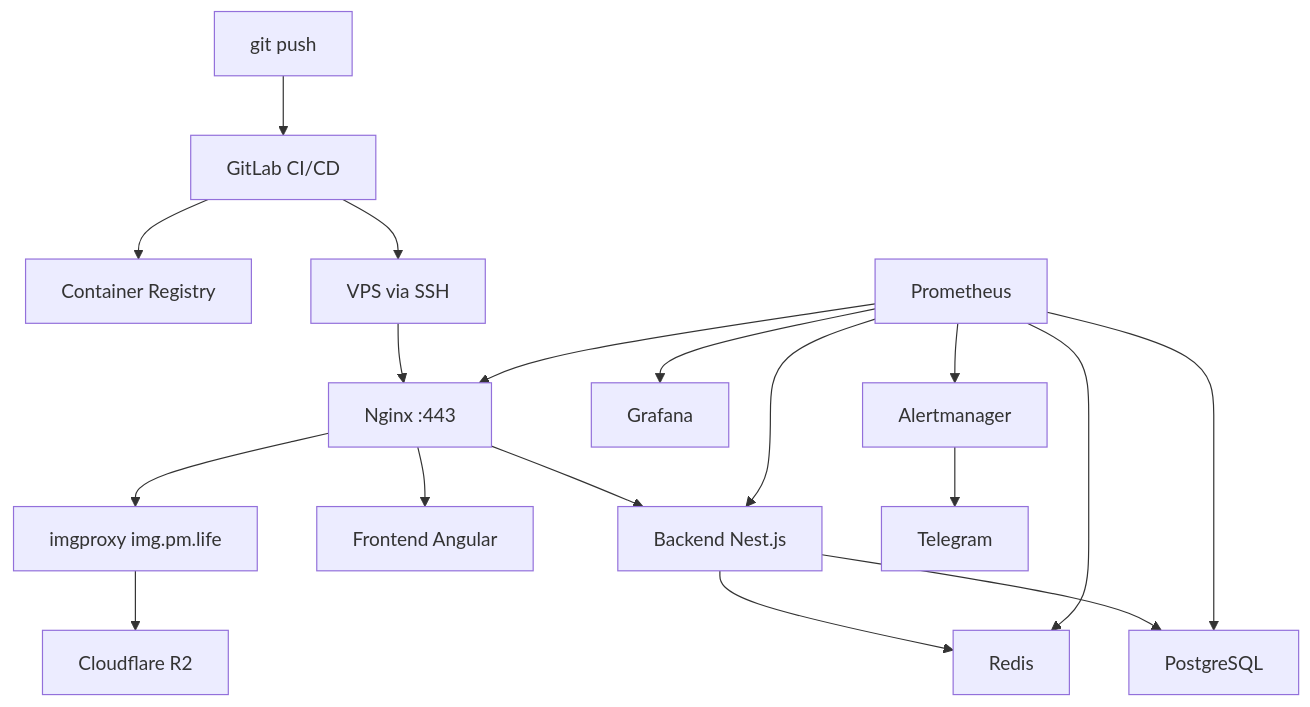
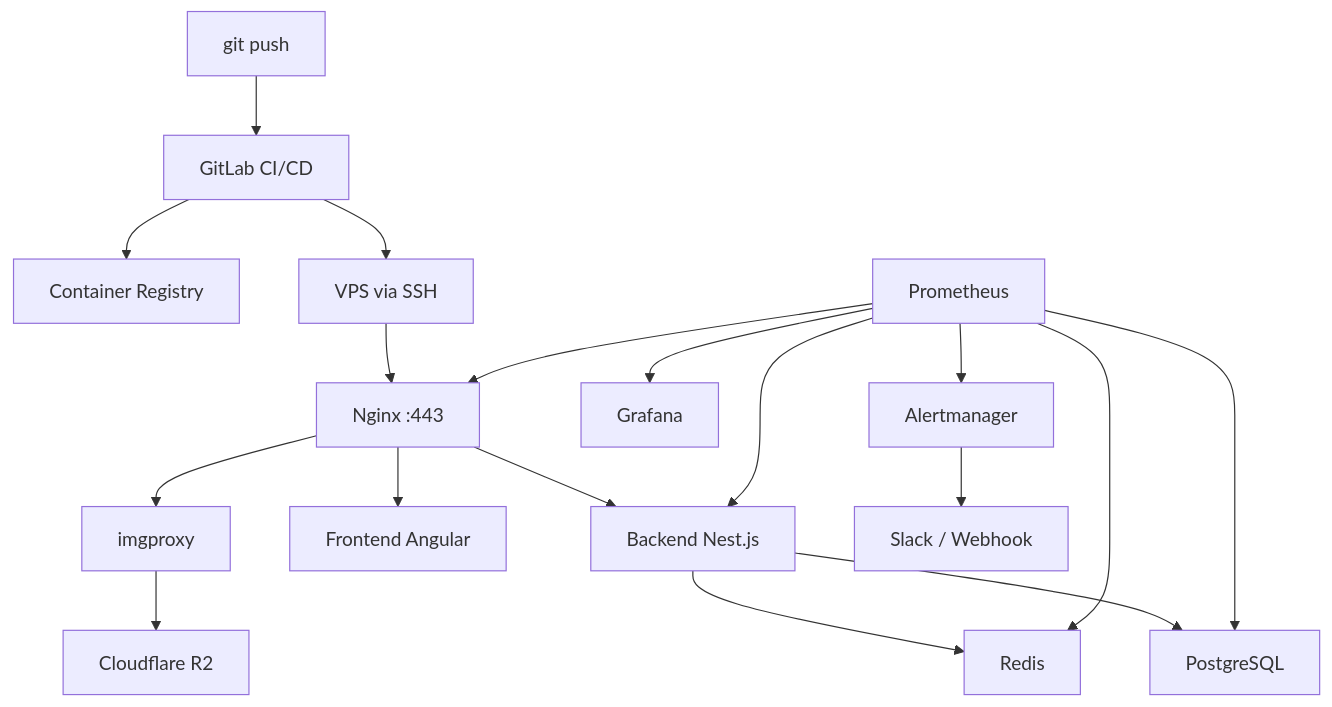
The diagram in content/posts/ci-cd-dating/index.md (ru-admin/ru-admin.github.io), drawn with Mermaid before and after one commit. The commit also changed other lines of this file and 1 other file, not shown here.

```diff
--- a/content/posts/ci-cd-dating/index.md
+++ b/content/posts/ci-cd-dating/index.md
@@ -128,20 +93,20 @@
 {{< mermaid align="center" >}}
 graph TB
     A[git push] --> B[GitLab CI/CD]
     B --> C[Container Registry]
     B --> D[VPS via SSH]
     D --> E[Nginx :443]
     E --> F[Backend Nest.js]
     E --> G[Frontend Angular]
     F --> H[PostgreSQL]
     F --> I[Redis]
-    E --> J[imgproxy img.pm.life]
+    E --> J[imgproxy]
     J --> K[Cloudflare R2]
     L[Prometheus] --> F
     L --> H
     L --> I
     L --> E
     L --> M[Grafana]
     L --> N[Alertmanager]
-    N --> O[Telegram]
+    N --> O[Slack / Webhook]
 {{< /mermaid >}}
```
